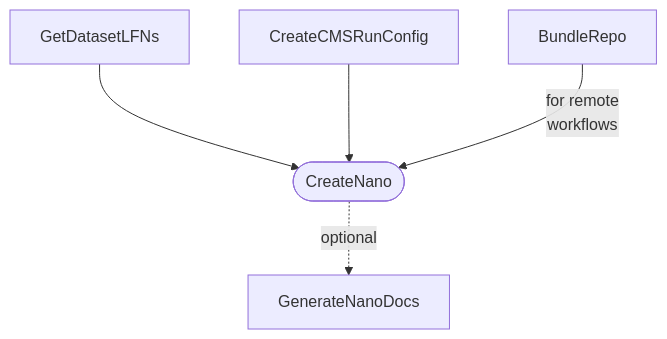
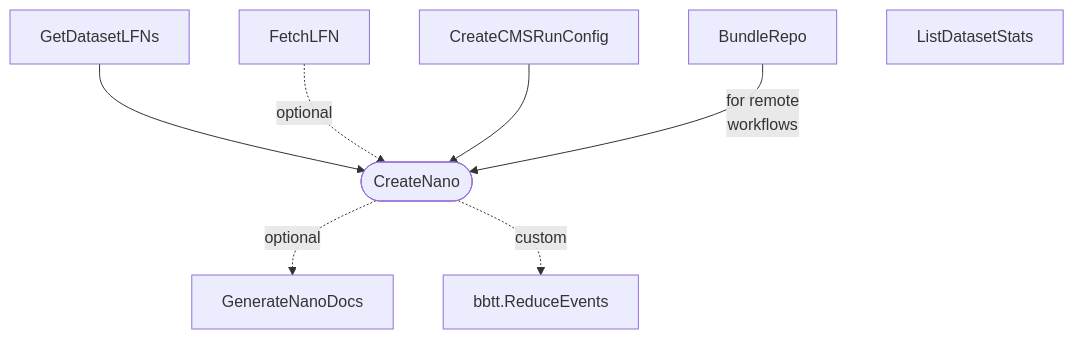
One commit to uhh-cms/nanogen changed the diagram in README.md. Above: the diagram before and after it, drawn with Mermaid. The commit also changed other lines of this file, not shown here.

````diff
--- a/README.md
+++ b/README.md
@@ -15,8 +15,11 @@
 ```mermaid
 flowchart TD
     CN([CreateNano])
     GetDatasetLFNs --> CN
+    FetchLFN -. optional .-> CN
     CreateCMSRunConfig --> CN
     BundleRepo -- for remote<br />workflows --> CN
     CN -. optional .-> GenerateNanoDocs
+    CN -. custom .-> bbtt.ReduceEvents
+    ListDatasetStats
 ```
````
